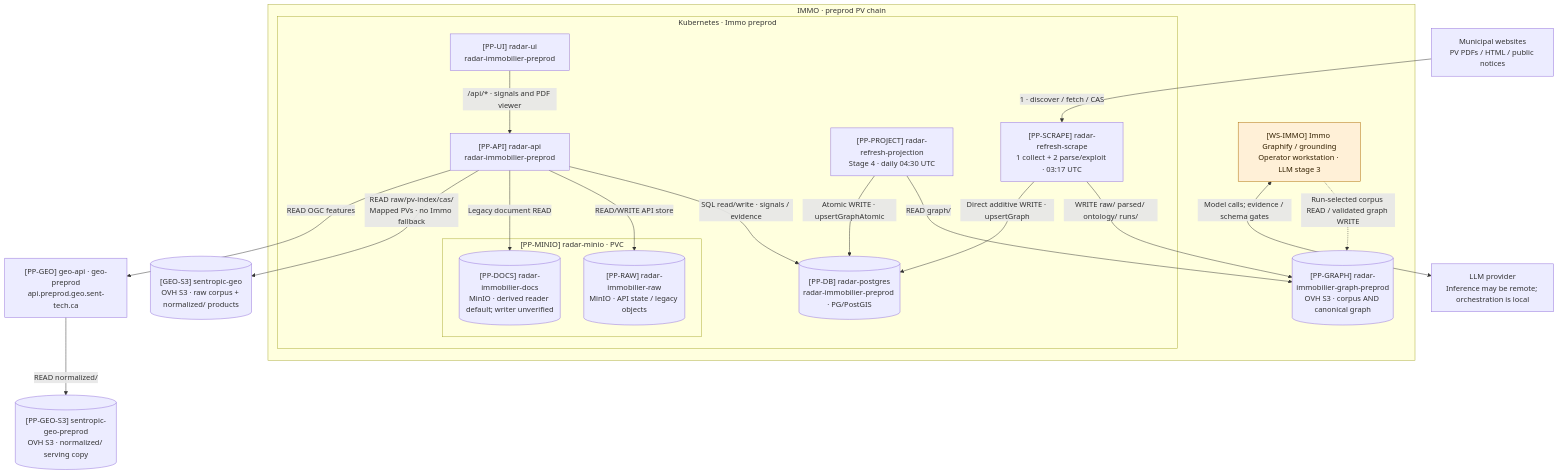
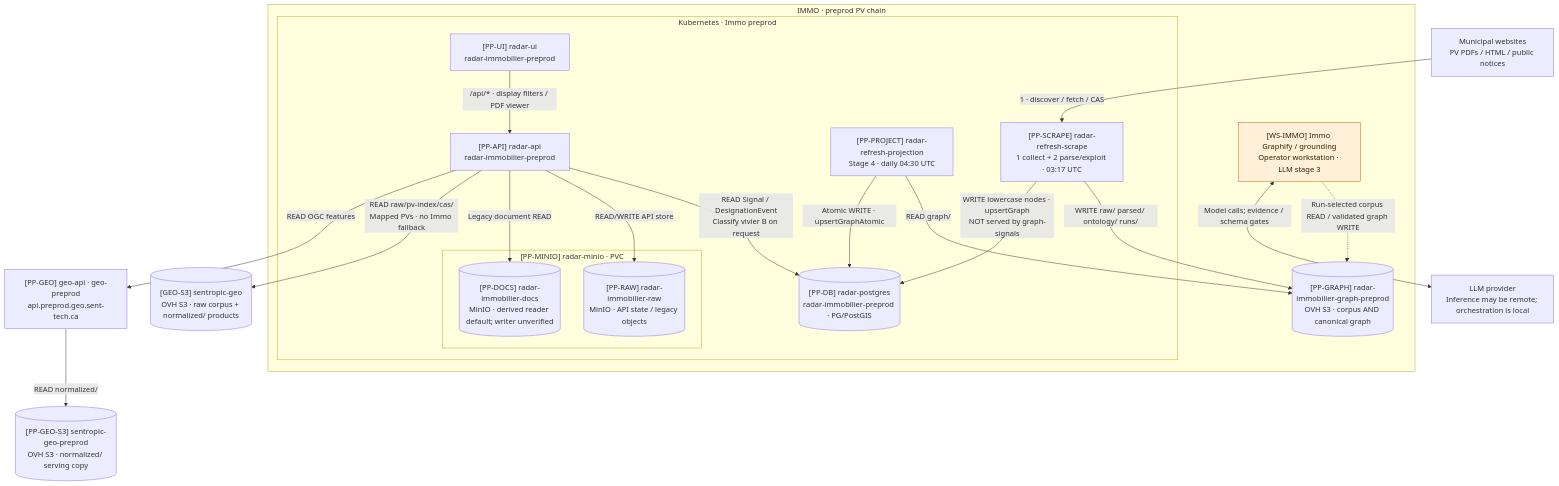
One commit to rhanka/radar-immobilier changed the second of 4 diagrams in docs/architecture.md. Above: the diagram before and after it, drawn with Mermaid. The commit also changed other lines of this file and 2 other files, not shown here.

Commit message:
docs(architecture): correct the served-signal processing boundary

````diff
--- a/docs/architecture.md
+++ b/docs/architecture.md
@@ -117,39 +117,39 @@
 ```mermaid
 flowchart TB
   websites["Municipal websites<br/>PV PDFs / HTML / public notices"]
   provider["LLM provider<br/>Inference may be remote; orchestration is local"]
   subgraph immo["IMMO · preprod PV chain"]
   subgraph deterministic["Kubernetes · Immo preprod"]
     PP_SCRAPE["[PP-SCRAPE] radar-refresh-scrape<br/>1 collect + 2 parse/exploit · 03:17 UTC"]
     PP_PROJECT["[PP-PROJECT] radar-refresh-projection<br/>Stage 4 · daily 04:30 UTC"]
     PP_DB[("[PP-DB] radar-postgres<br/>radar-immobilier-preprod · PG/PostGIS")]
     PP_API["[PP-API] radar-api<br/>radar-immobilier-preprod"]
     PP_UI["[PP-UI] radar-ui<br/>radar-immobilier-preprod"]
     subgraph ppminio["[PP-MINIO] radar-minio · PVC"]
       PP_RAW[("[PP-RAW] radar-immobilier-raw<br/>MinIO · API state / legacy objects")]
       PP_DOCS[("[PP-DOCS] radar-immobilier-docs<br/>MinIO · derived reader default; writer unverified")]
     end
   end
   WS_IMMO["[WS-IMMO] Immo Graphify / grounding<br/>Operator workstation · LLM stage 3"]
   PP_GRAPH[("[PP-GRAPH] radar-immobilier-graph-preprod<br/>OVH S3 · corpus AND canonical graph")]
   end
   PP_GEO["[PP-GEO] geo-api · geo-preprod<br/>api.preprod.geo.sent-tech.ca"]
   PP_GEO_S3[("[PP-GEO-S3] sentropic-geo-preprod<br/>OVH S3 · normalized/ serving copy")]
   GEO_S3[("[GEO-S3] sentropic-geo<br/>OVH S3 · raw corpus + normalized/ products")]
   websites -->|"1 · discover / fetch / CAS"| PP_SCRAPE
   PP_SCRAPE -->|"WRITE raw/ parsed/ ontology/ runs/"| PP_GRAPH
-  PP_SCRAPE -->|"Direct additive WRITE · upsertGraph"| PP_DB
+  PP_SCRAPE -->|"WRITE lowercase nodes · upsertGraph<br/>NOT served by graph-signals"| PP_DB
   WS_IMMO -.->|"Run-selected corpus READ / validated graph WRITE"| PP_GRAPH
   WS_IMMO <-->|"Model calls; evidence / schema gates"| provider
   PP_PROJECT -->|"READ graph/"| PP_GRAPH
   PP_PROJECT -->|"Atomic WRITE · upsertGraphAtomic"| PP_DB
-  PP_API -->|"SQL read/write · signals / evidence"| PP_DB
-  PP_UI -->|"/api/* · signals and PDF viewer"| PP_API
+  PP_API -->|"READ Signal / DesignationEvent<br/>Classify vivier B on request"| PP_DB
+  PP_UI -->|"/api/* · display filters / PDF viewer"| PP_API
   PP_API -->|"READ/WRITE API store"| PP_RAW
   PP_API -->|"Legacy document READ"| PP_DOCS
   PP_API -->|"READ raw/pv-index/cas/<br/>Mapped PVs · no Immo fallback"| GEO_S3
   PP_API -->|"READ OGC features"| PP_GEO
   PP_GEO -->|"READ normalized/"| PP_GEO_S3
   classDef local fill:#fff0d7,stroke:#ad6a00,color:#332000;
   class WS_IMMO local;
 ```
````
